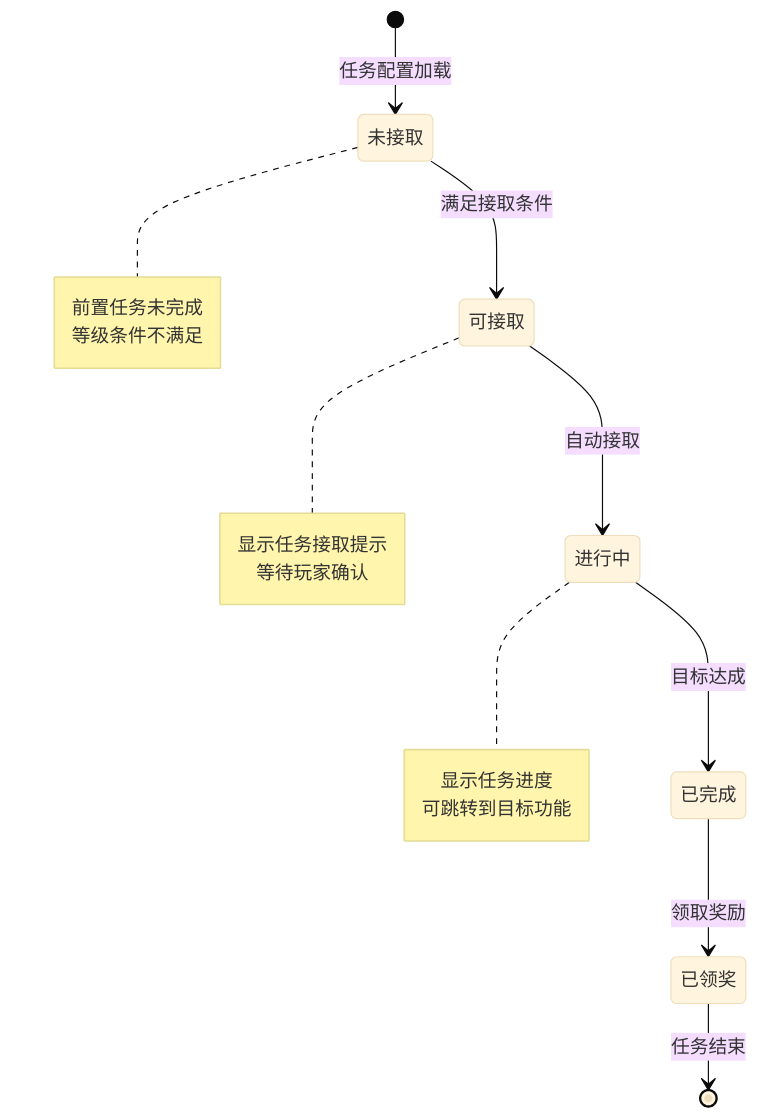
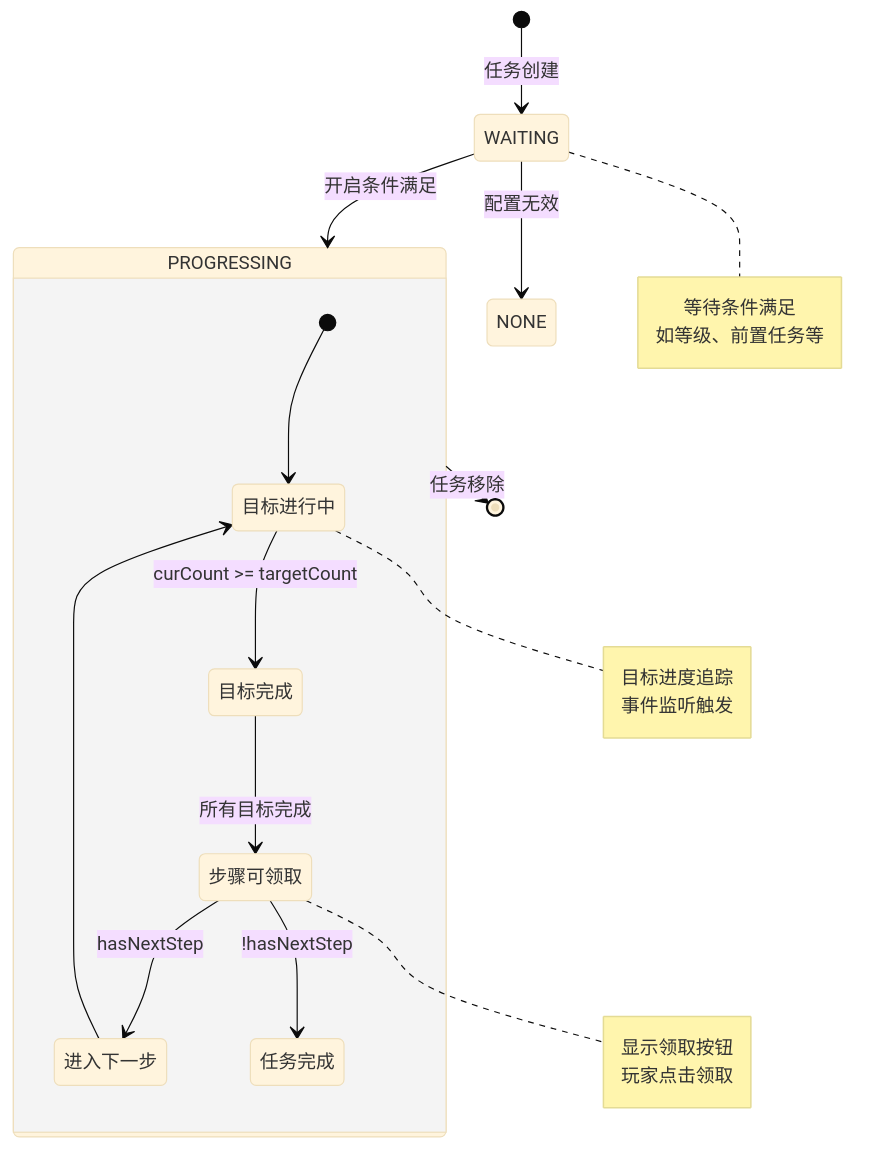
One commit to Alan-Ben/k2c_game_framework changed the first of 7 diagrams in docs/Module_Quest/06_实现细节.md. Above: the diagram before and after it, drawn with Mermaid (base theme). The commit also changed other lines of this file and 75 other files, not shown here.

````diff
--- a/docs/Module_Quest/06_实现细节.md
+++ b/docs/Module_Quest/06_实现细节.md
@@ -71,24 +53,32 @@
 ```mermaid
 stateDiagram-v2
-    [*] --> 未接取: 任务配置加载
-    未接取 --> 可接取: 满足接取条件
-    可接取 --> 进行中: 自动接取
-    进行中 --> 已完成: 目标达成
-    已完成 --> 已领奖: 领取奖励
-    已领奖 --> [*]: 任务结束
+    [*] --> WAITING: 任务创建
+    WAITING --> PROGRESSING: 开启条件满足
+    WAITING --> NONE: 配置无效
 
-    note right of 未接取
-        前置任务未完成
-        等级条件不满足
-    end note
+    state PROGRESSING {
+        [*] --> 目标进行中
+        目标进行中 --> 目标完成: curCount >= targetCount
+        目标完成 --> 步骤可领取: 所有目标完成
+        步骤可领取 --> 进入下一步: hasNextStep
+        步骤可领取 --> 任务完成: !hasNextStep
+        进入下一步 --> 目标进行中
 
-    note right of 可接取
-        显示任务接取提示
-        等待玩家确认
-    end note
+        note right of 目标进行中
+            目标进度追踪
+            事件监听触发
+        end note
 
-    note right of 进行中
-        显示任务进度
-        可跳转到目标功能
+        note right of 步骤可领取
+            显示领取按钮
+            玩家点击领取
+        end note
+    }
+
+    PROGRESSING --> [*]: 任务移除
+
+    note right of WAITING
+        等待条件满足
+        如等级、前置任务等
     end note
 ```
````
